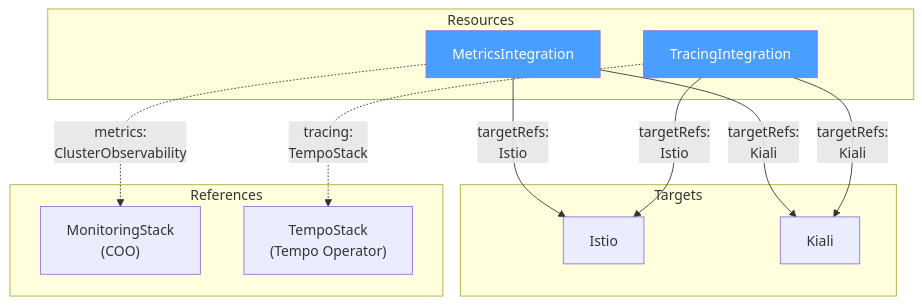
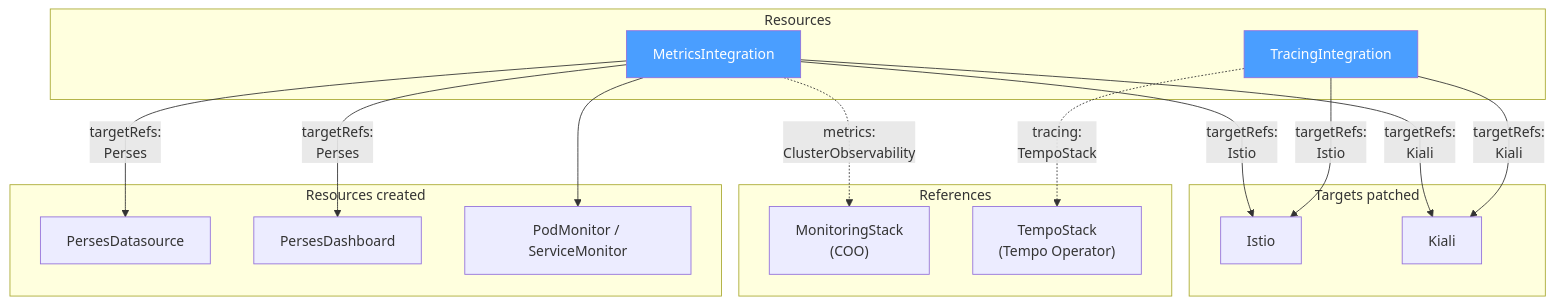
Before and after one commit to istio-ecosystem/sail-operator: the diagram in enhancements/SEP3-integrations.md, drawn with Mermaid. The commit also changed other lines of this file and 1 other file, not shown here.

First line of the commit message:
Include spec for Perses in MetricsIntegrations

````diff
--- a/enhancements/SEP3-integrations.md
+++ b/enhancements/SEP3-integrations.md
@@ -412,28 +582,37 @@
 ```mermaid
 flowchart TD
     subgraph "Resources"
         MI["MetricsIntegration"]
         TI["TracingIntegration"]
     end
 
-    subgraph "Targets"
+    subgraph "Targets patched"
         Istio["Istio"]
         Kiali["Kiali"]
+    end
+
+    subgraph "Resources created"
+        PDS["PersesDatasource"]
+        PD["PersesDashboard"]
+        Monitors["PodMonitor / ServiceMonitor"]
     end
 
     subgraph "References"
         MS["MonitoringStack\n(COO)"]
         TS["TempoStack\n(Tempo Operator)"]
     end
 
     MI -- "targetRefs:\nIstio" --> Istio
     MI -- "targetRefs:\nKiali" --> Kiali
+    MI -- "targetRefs:\nPerses" --> PDS
+    MI -- "targetRefs:\nPerses" --> PD
+    MI --> Monitors
     MI -. "metrics:\nClusterObservability" .-> MS
 
     TI -- "targetRefs:\nIstio" --> Istio
     TI -- "targetRefs:\nKiali" --> Kiali
     TI -. "tracing:\nTempoStack" .-> TS
 
     style MI fill:#4a9eff,color:#fff
     style TI fill:#4a9eff,color:#fff
 ```
````
